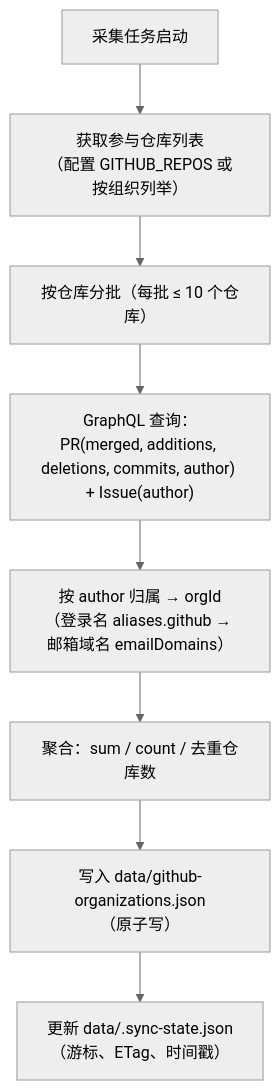
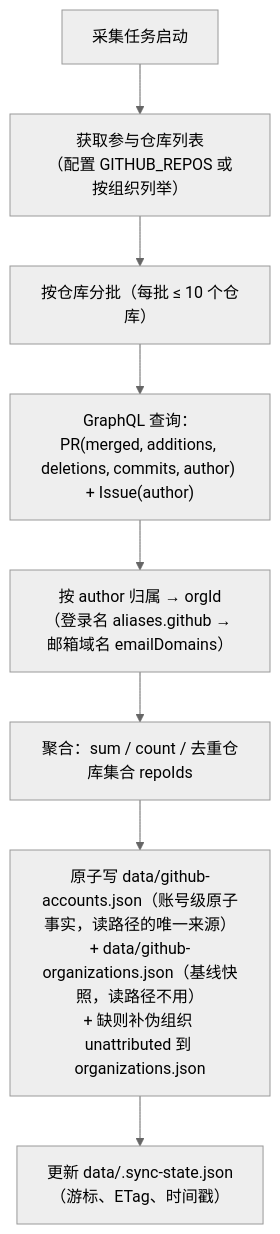
The second of 5 diagrams in docs/05-integration-roadmap.md (huang2001junjie-rgb/openan-operation-insights), drawn with Mermaid (neutral theme) before and after one commit. The commit also changed other lines of this file and 51 other files, not shown here.

````diff
--- a/docs/05-integration-roadmap.md
+++ b/docs/05-integration-roadmap.md
@@ -84,10 +84,10 @@
 ```mermaid
 flowchart TB
   Q["采集任务启动"] --> LIST["获取参与仓库列表<br/>（配置 GITHUB_REPOS 或按组织列举）"]
   LIST --> BATCH["按仓库分批（每批 ≤ 10 个仓库）"]
   BATCH --> GQL["GraphQL 查询：<br/>PR(merged, additions, deletions, commits, author) + Issue(author)"]
   GQL --> MAP["按 author 归属 → orgId<br/>（登录名 aliases.github → 邮箱域名 emailDomains）"]
-  MAP --> AGG["聚合：sum / count / 去重仓库数"]
-  AGG --> PERSIST["写入 data/github-organizations.json<br/>（原子写）"]
+  MAP --> AGG["聚合：sum / count / 去重仓库集合 repoIds"]
+  AGG --> PERSIST["原子写 data/github-accounts.json（账号级原子事实，读路径的唯一来源）<br/>+ data/github-organizations.json（基线快照，读路径不用）<br/>+ 缺则补伪组织 unattributed 到 organizations.json"]
   PERSIST --> STATE["更新 data/.sync-state.json<br/>（游标、ETag、时间戳）"]
 ```
````
